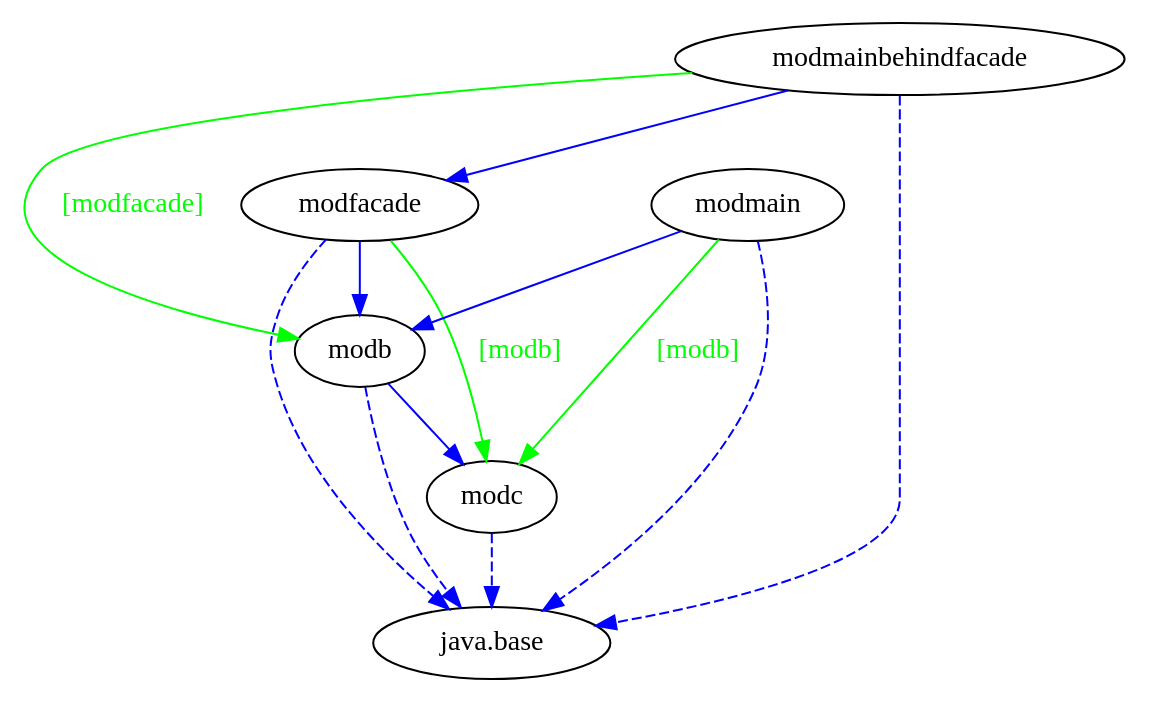
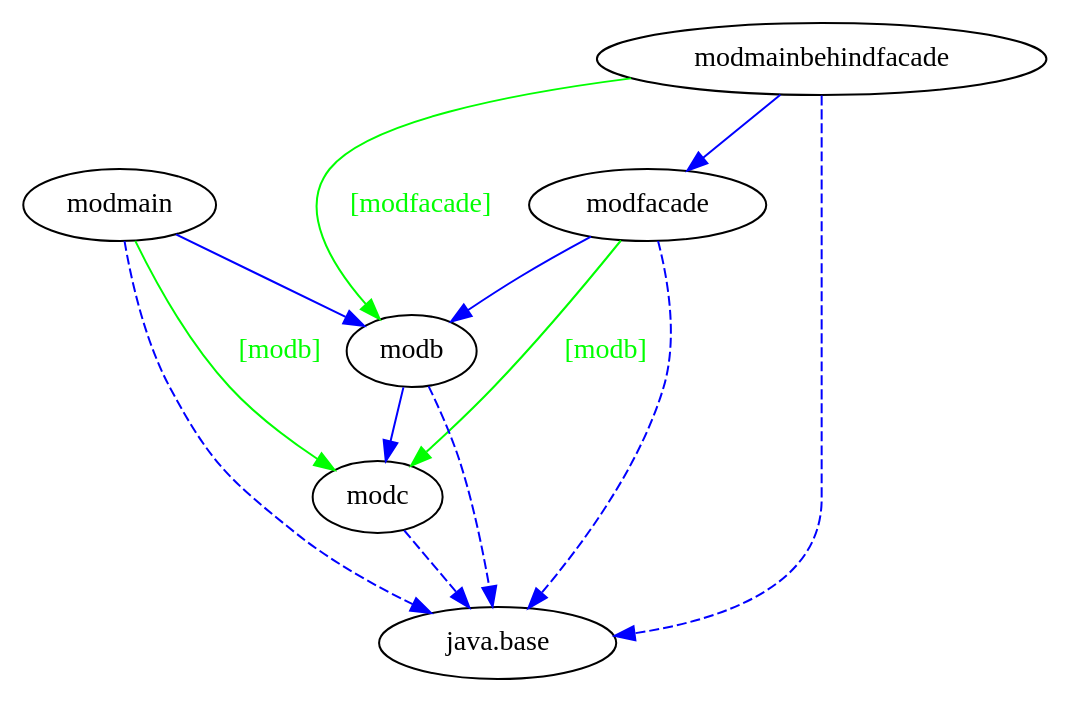
Before and after one commit to accso/java9-jigsaw-examples: the diagram in jigsaw-examples/example_requires-transitive_exports/moduledependencies-with-facade.dot, drawn with Graphviz. The commit also changed 84 other files, not shown here.

Commit message:
Updated all GraphViz files (.dot and .png output)

```diff
--- a/jigsaw-examples/example_requires-transitive_exports/moduledependencies-with-facade.dot
+++ b/jigsaw-examples/example_requires-transitive_exports/moduledependencies-with-facade.dot
@@ -1,21 +1,21 @@
-# Created by depvis.JigsawDepVisualizer on Thu Mar 30 16:08:34 CEST 2017
+# Created by depvis.JigsawDepVisualizer on Tue Oct 10 15:14:35 CEST 2017
 digraph Java9_Dependency_Visualizer {
+modfacade[fontname="Consolas",shape="ellipse",label="modfacade"];
+modb[fontname="Consolas",shape="ellipse",label="modb"];
+java_base[fontname="Consolas",shape="ellipse",label="java.base"];
 modc[fontname="Consolas",shape="ellipse",label="modc"];
-java_base[fontname="Consolas",shape="ellipse",label="java.base"];
-modb[fontname="Consolas",shape="ellipse",label="modb"];
-modfacade[fontname="Consolas",shape="ellipse",label="modfacade"];
+modmainbehindfacade[fontname="Consolas",shape="ellipse",label="modmainbehindfacade"];
 modmain[fontname="Consolas",shape="ellipse",label="modmain"];
-modmainbehindfacade[fontname="Consolas",shape="ellipse",label="modmainbehindfacade"];
+modfacade -> modb[color="#0000ff",fontname="Consolas",fontcolor="#0000ff",weight="8"]
+modfacade -> java_base[color="#0000ff",fontname="Consolas",fontcolor="#0000ff",style="dashed",weight="16"]
+modfacade -> modc[color="#00ff00",fontname="Consolas",fontcolor="#00ff00",weight="4",label="[modb]"]
+modmainbehindfacade -> modfacade[color="#0000ff",fontname="Consolas",fontcolor="#0000ff",weight="8"]
+modmainbehindfacade -> java_base[color="#0000ff",fontname="Consolas",fontcolor="#0000ff",style="dashed",weight="16"]
+modmainbehindfacade -> modb[color="#00ff00",fontname="Consolas",fontcolor="#00ff00",weight="4",label="[modfacade]"]
+modmain -> modb[color="#0000ff",fontname="Consolas",fontcolor="#0000ff",weight="8"]
+modmain -> java_base[color="#0000ff",fontname="Consolas",fontcolor="#0000ff",style="dashed",weight="16"]
+modmain -> modc[color="#00ff00",fontname="Consolas",fontcolor="#00ff00",weight="4",label="[modb]"]
 modc -> java_base[color="#0000ff",fontname="Consolas",fontcolor="#0000ff",style="dashed",weight="16"]
 modb -> modc[color="#0000ff",fontname="Consolas",fontcolor="#0000ff",weight="8"]
 modb -> java_base[color="#0000ff",fontname="Consolas",fontcolor="#0000ff",style="dashed",weight="16"]
-modfacade -> modb[color="#0000ff",fontname="Consolas",fontcolor="#0000ff",weight="8"]
-modfacade -> java_base[color="#0000ff",fontname="Consolas",fontcolor="#0000ff",style="dashed",weight="16"]
-modfacade -> modc[color="#00ff00",fontname="Consolas",fontcolor="#00ff00",weight="4",label="[modb]"]
-modmain -> modb[color="#0000ff",fontname="Consolas",fontcolor="#0000ff",weight="8"]
-modmain -> java_base[color="#0000ff",fontname="Consolas",fontcolor="#0000ff",style="dashed",weight="16"]
-modmain -> modc[color="#00ff00",fontname="Consolas",fontcolor="#00ff00",weight="4",label="[modb]"]
-modmainbehindfacade -> modfacade[color="#0000ff",fontname="Consolas",fontcolor="#0000ff",weight="8"]
-modmainbehindfacade -> java_base[color="#0000ff",fontname="Consolas",fontcolor="#0000ff",style="dashed",weight="16"]
-modmainbehindfacade -> modb[color="#00ff00",fontname="Consolas",fontcolor="#00ff00",weight="4",label="[modfacade]"]
 }
```
